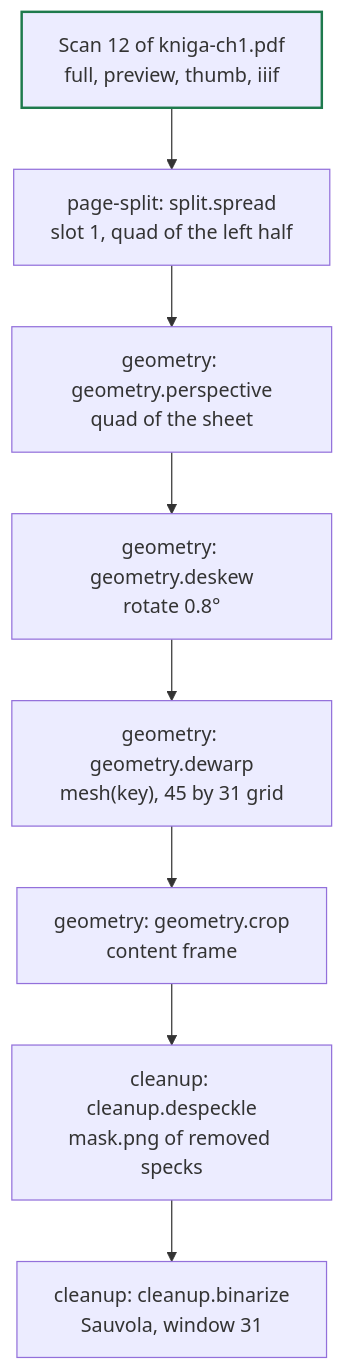
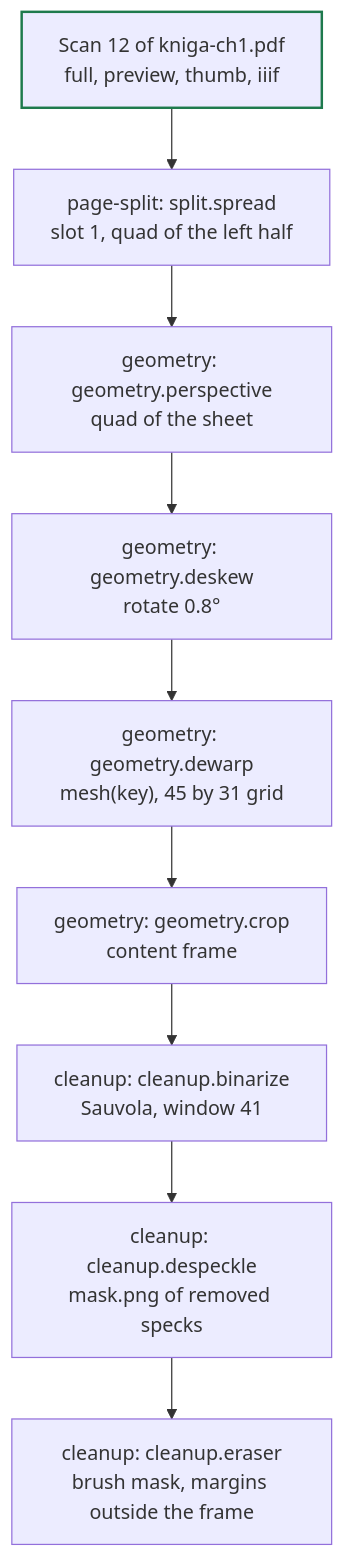
The fourth of 11 diagrams in docs/architecture.md (akhmialeuski/BookReviver), drawn with Mermaid before and after one commit. The commit also changed other lines of this file and 57 other files, not shown here.

First line of the commit message:
feat(cleanup): add the binarize, despeckle and eraser steps of the Cleanup stage

````diff
--- a/docs/architecture.md
+++ b/docs/architecture.md
@@ -499,11 +501,12 @@
 ```mermaid
 flowchart TD
     C["Scan 12 of kniga-ch1.pdf<br/>full, preview, thumb, iiif"] --> A["page-split: split.spread<br/>slot 1, quad of the left half"]
     A --> P["geometry: geometry.perspective<br/>quad of the sheet"]
     P --> B["geometry: geometry.deskew<br/>rotate 0.8°"]
     B --> W["geometry: geometry.dewarp<br/>mesh(key), 45 by 31 grid"]
     W --> D["geometry: geometry.crop<br/>content frame"]
-    D --> E["cleanup: cleanup.despeckle<br/>mask.png of removed specks"]
-    E --> F["cleanup: cleanup.binarize<br/>Sauvola, window 31"]
+    D --> E["cleanup: cleanup.binarize<br/>Sauvola, window 41"]
+    E --> F["cleanup: cleanup.despeckle<br/>mask.png of removed specks"]
+    F --> H["cleanup: cleanup.eraser<br/>brush mask, margins outside the frame"]
     style C stroke:#1e7a4d,stroke-width:2px
 ```
````
